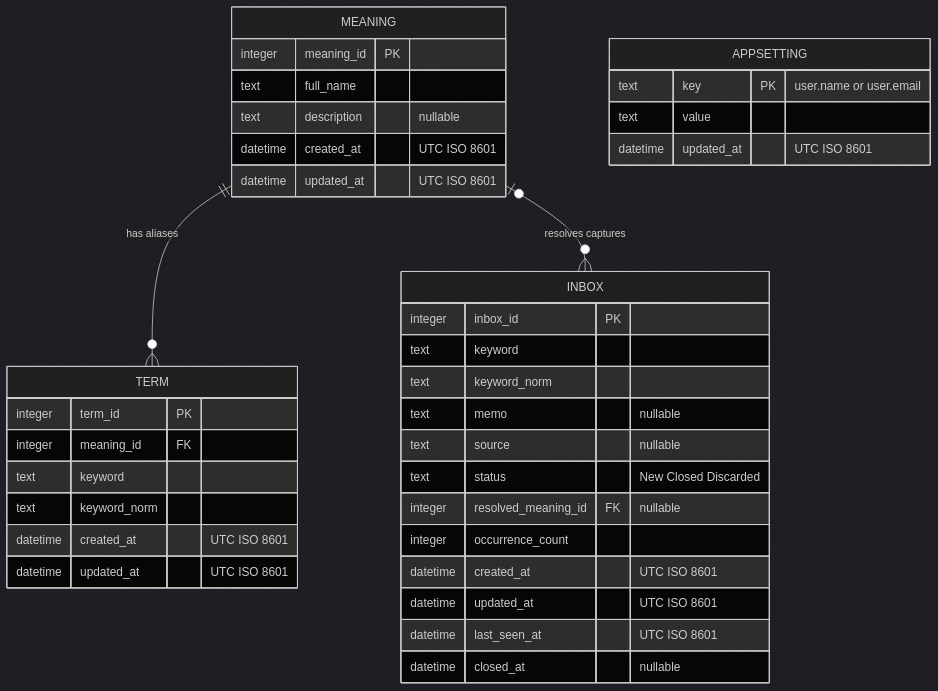
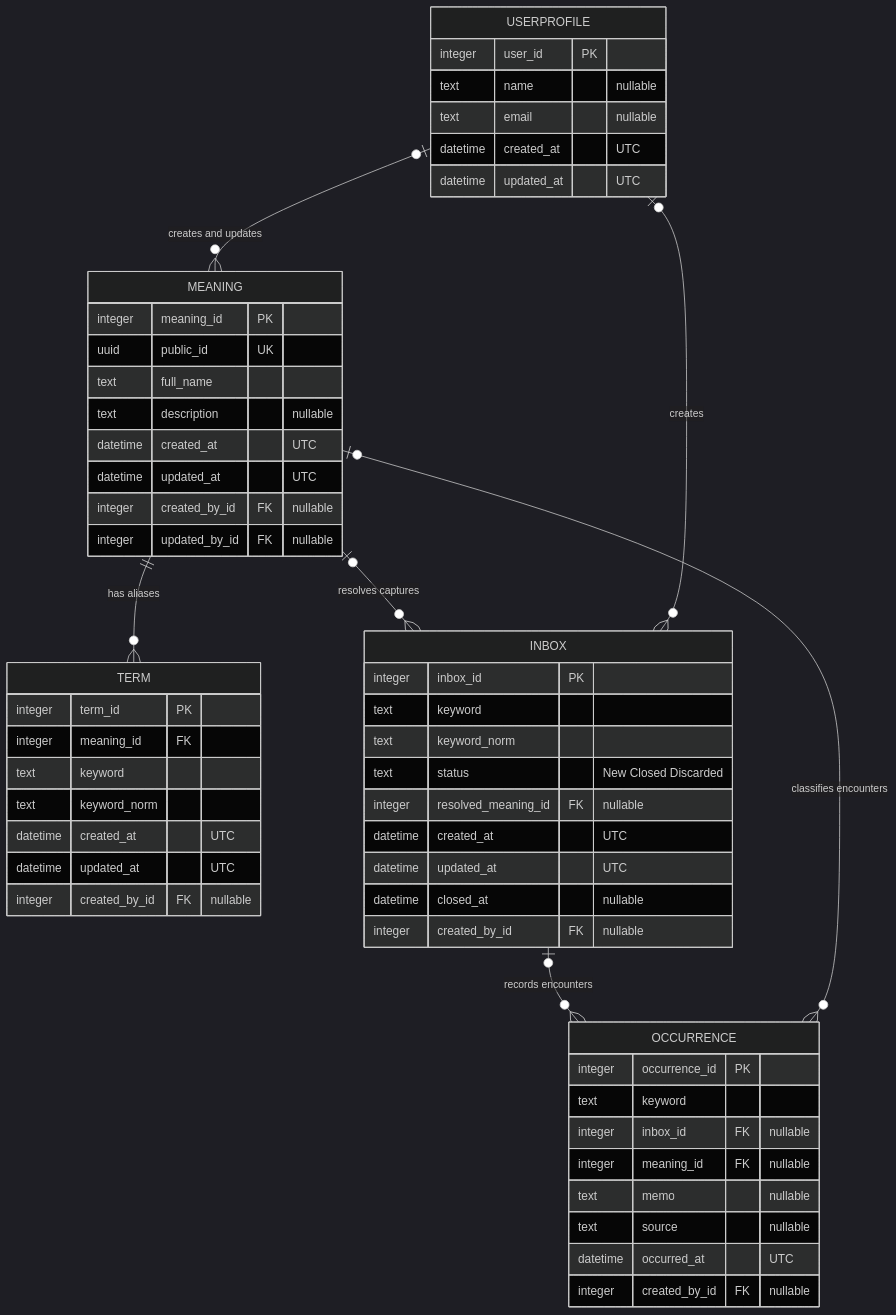
One commit to niikei/TermKeeper changed the first of 2 diagrams in docs/003_domain_model.md. Above: the diagram before and after it, drawn with Mermaid (dark theme). The commit also changed other lines of this file and 26 other files, not shown here.

Commit message:
refactor: redesign persistence and application flow

````diff
--- a/docs/003_domain_model.md
+++ b/docs/003_domain_model.md
@@ -13,44 +14,62 @@
 ```mermaid
 erDiagram
 
     MEANING ||--o{ TERM : "has aliases"
     MEANING o|--o{ INBOX : "resolves captures"
+    INBOX o|--o{ OCCURRENCE : "records encounters"
+    MEANING o|--o{ OCCURRENCE : "classifies encounters"
+    USERPROFILE o|--o{ INBOX : "creates"
+    USERPROFILE o|--o{ MEANING : "creates and updates"
 
-    APPSETTING {
-        text key PK "user.name or user.email"
-        text value
-        datetime updated_at "UTC ISO 8601"
+    USERPROFILE {
+        integer user_id PK
+        text name "nullable"
+        text email "nullable"
+        datetime created_at "UTC"
+        datetime updated_at "UTC"
     }
 
     MEANING {
         integer meaning_id PK
+        uuid public_id UK
         text full_name
         text description "nullable"
-        datetime created_at "UTC ISO 8601"
-        datetime updated_at "UTC ISO 8601"
+        datetime created_at "UTC"
+        datetime updated_at "UTC"
+        integer created_by_id FK "nullable"
+        integer updated_by_id FK "nullable"
     }
 
     TERM {
         integer term_id PK
         integer meaning_id FK
         text keyword
         text keyword_norm
-        datetime created_at "UTC ISO 8601"
-        datetime updated_at "UTC ISO 8601"
+        datetime created_at "UTC"
+        datetime updated_at "UTC"
+        integer created_by_id FK "nullable"
     }
 
     INBOX {
         integer inbox_id PK
         text keyword
         text keyword_norm
+        text status "New Closed Discarded"
+        integer resolved_meaning_id FK "nullable"
+        datetime created_at "UTC"
+        datetime updated_at "UTC"
+        datetime closed_at "nullable"
+        integer created_by_id FK "nullable"
+    }
+
+    OCCURRENCE {
+        integer occurrence_id PK
+        text keyword
+        integer inbox_id FK "nullable"
+        integer meaning_id FK "nullable"
         text memo "nullable"
         text source "nullable"
-        text status "New Closed Discarded"
-        integer resolved_meaning_id FK "nullable"
-        integer occurrence_count
-        datetime created_at "UTC ISO 8601"
-        datetime updated_at "UTC ISO 8601"
-        datetime last_seen_at "UTC ISO 8601"
-        datetime closed_at "nullable"
+        datetime occurred_at "UTC"
+        integer created_by_id FK "nullable"
     }
 ```
````
